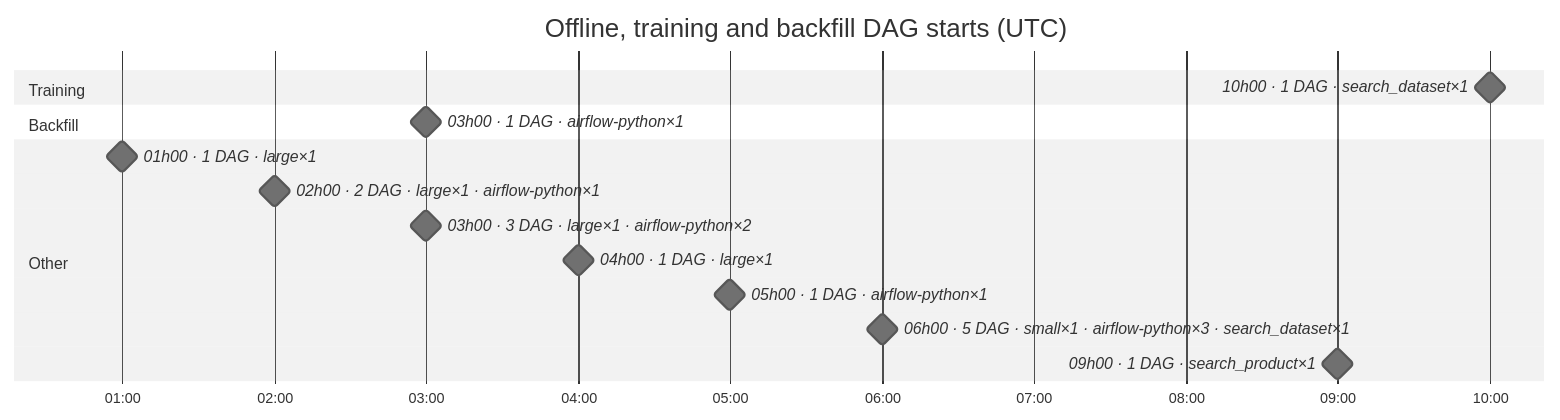
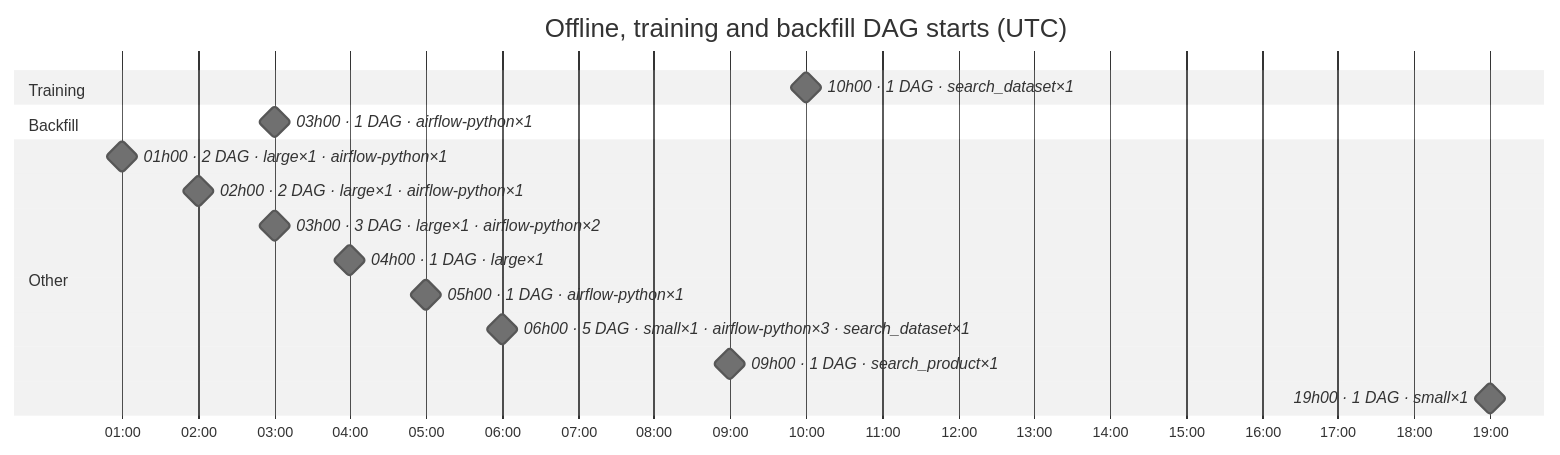
The sixth of 7 diagrams in docs/feature_platform_map.md (DayMarket/ml-feature-platform), drawn with Mermaid (neutral theme) before and after one commit. The commit also changed other lines of this file, not shown here.

````diff
--- a/docs/feature_platform_map.md
+++ b/docs/feature_platform_map.md
@@ -243,19 +247,20 @@
 ```mermaid
 gantt
     title Offline, training and backfill DAG starts (UTC)
     dateFormat HH:mm
     axisFormat %H:%M
     tickInterval 1hour
     section Training
     10h00 · 1 DAG · search_dataset×1 :milestone, s0_0600, 10:00, 0m
     section Backfill
     03h00 · 1 DAG · airflow-python×1 :milestone, s1_0180, 03:00, 0m
     section Other
-    01h00 · 1 DAG · large×1 :milestone, s2_0060, 01:00, 0m
+    01h00 · 2 DAG · large×1 · airflow-python×1 :milestone, s2_0060, 01:00, 0m
     02h00 · 2 DAG · large×1 · airflow-python×1 :milestone, s2_0120, 02:00, 0m
     03h00 · 3 DAG · large×1 · airflow-python×2 :milestone, s2_0180, 03:00, 0m
     04h00 · 1 DAG · large×1 :milestone, s2_0240, 04:00, 0m
     05h00 · 1 DAG · airflow-python×1 :milestone, s2_0300, 05:00, 0m
     06h00 · 5 DAG · small×1 · airflow-python×3 · search_dataset×1 :milestone, s2_0360, 06:00, 0m
     09h00 · 1 DAG · search_product×1 :milestone, s2_0540, 09:00, 0m
+    19h00 · 1 DAG · small×1 :milestone, s2_1140, 19:00, 0m
 ```
````
